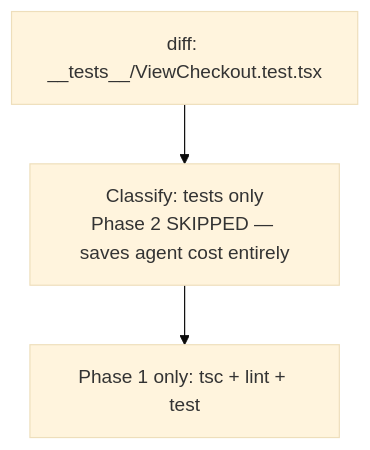
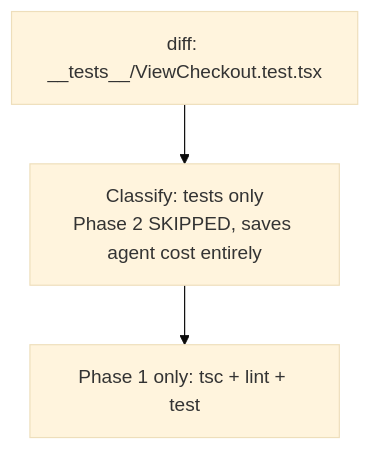
One commit to raditia/CraftKit changed the seventh of 13 diagrams in README.md. Above: the diagram before and after it, drawn with Mermaid (base theme). The commit also changed other lines of this file and 79 other files, not shown here.

First line of the commit message:
feat: grill gaps, em-dash sweep, graphify wiring (v1.29.0)

````diff
--- a/README.md
+++ b/README.md
@@ -331,5 +331,5 @@
 ```mermaid
 flowchart TD
-    A["diff: __tests__/ViewCheckout.test.tsx"] --> B["Classify: tests only\nPhase 2 SKIPPED — saves agent cost entirely"]
+    A["diff: __tests__/ViewCheckout.test.tsx"] --> B["Classify: tests only\nPhase 2 SKIPPED, saves agent cost entirely"]
     B --> C["Phase 1 only: tsc + lint + test"]
 ```
````
